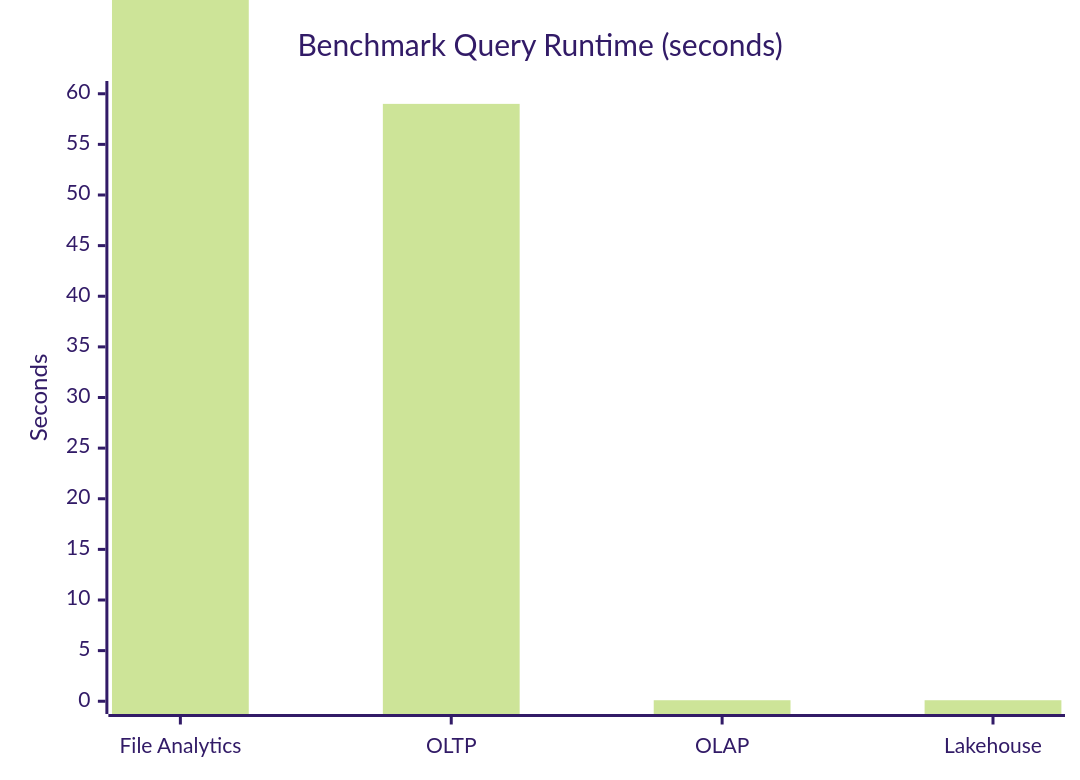
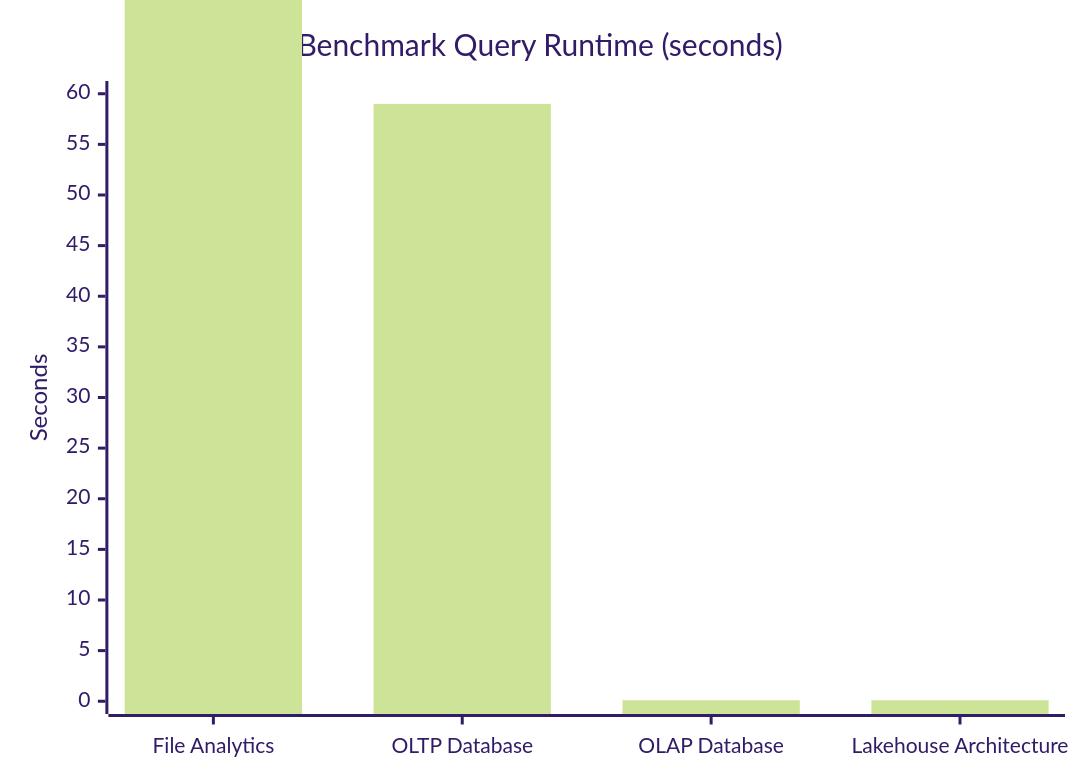
The diagram in project-1-lakehouse/README.md (Rez99/data-engineering-portfolio), drawn with Mermaid (forest theme) before and after one commit. The commit also changed other lines of this file, not shown here.

Commit message:
Update README to clarify benchmark chart labels and enhance file analytics description

````diff
--- a/project-1-lakehouse/README.md
+++ b/project-1-lakehouse/README.md
@@ -12,7 +12,7 @@
 ```mermaid
 xychart-beta
     title "Benchmark Query Runtime (seconds)"
-    x-axis ["File Analytics", "OLTP", "OLAP", "Lakehouse"]
+    x-axis ["File Analytics", "OLTP Database", "OLAP Database", "Lakehouse Architecture"]
     y-axis "Seconds" 0 --> 60
     bar [70, 59, 0.1, 0.1]
 ```
````
